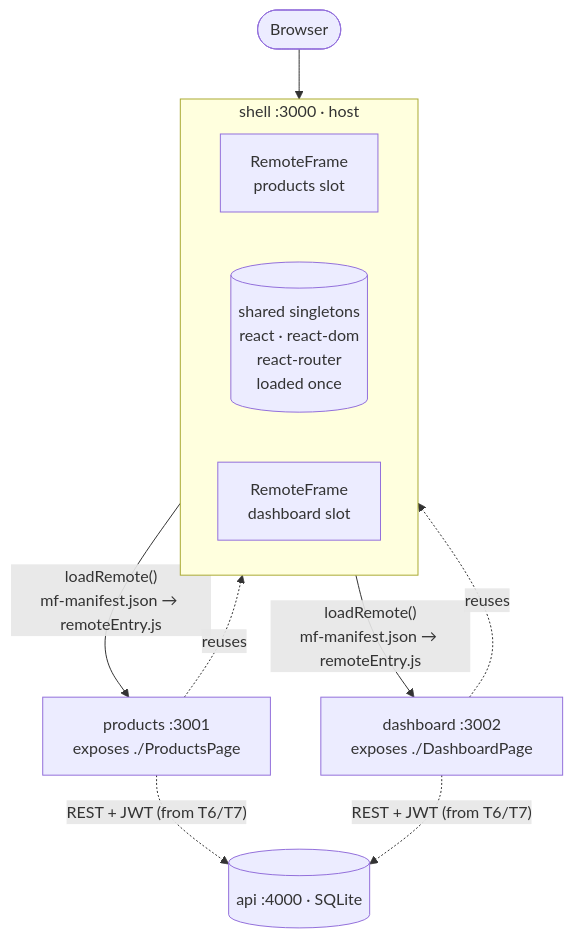
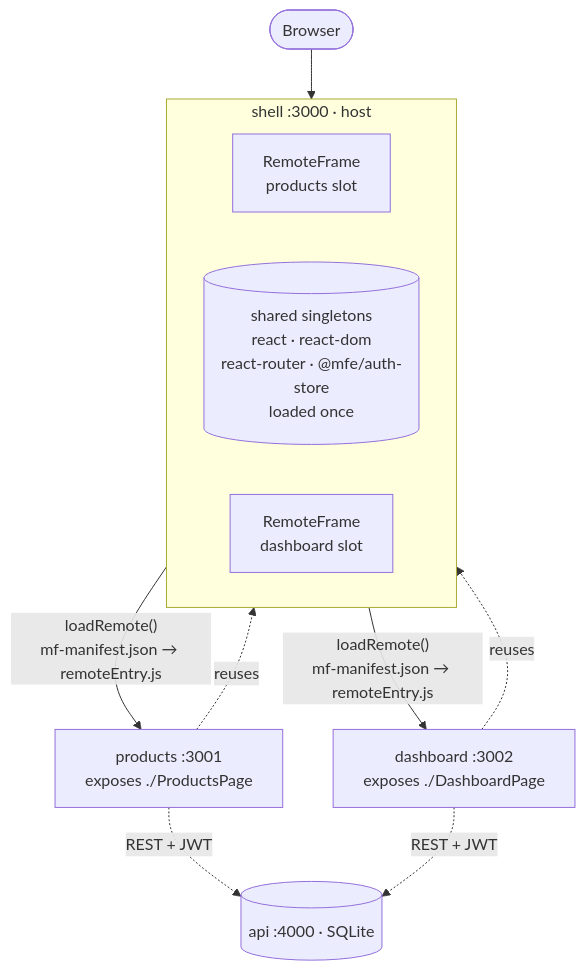
The first of 2 diagrams in README.md (sotream/mfe-lab), drawn with Mermaid before and after one commit. The commit also changed other lines of this file and 17 other files, not shown here.

````diff
--- a/README.md
+++ b/README.md
@@ -13,17 +63,17 @@
 ```mermaid
 flowchart TB
   B([Browser]) --> S
 
   subgraph S["shell :3000 · host"]
     direction LR
     FP["RemoteFrame<br/>products slot"]
-    SH[("shared singletons<br/>react · react-dom<br/>react-router<br/>loaded once")]
+    SH[("shared singletons<br/>react · react-dom<br/>react-router · @mfe/auth-store<br/>loaded once")]
     FD["RemoteFrame<br/>dashboard slot"]
   end
 
   FP -- "loadRemote()<br/>mf-manifest.json → remoteEntry.js" --> P["products :3001<br/>exposes ./ProductsPage"]
   FD -- "loadRemote()<br/>mf-manifest.json → remoteEntry.js" --> D["dashboard :3002<br/>exposes ./DashboardPage"]
   P -. "reuses" .-> SH
   D -. "reuses" .-> SH
-  P & D -. "REST + JWT (from T6/T7)" .-> A[("api :4000 · SQLite")]
+  P & D -. "REST + JWT" .-> A[("api :4000 · SQLite")]
 ```
````
